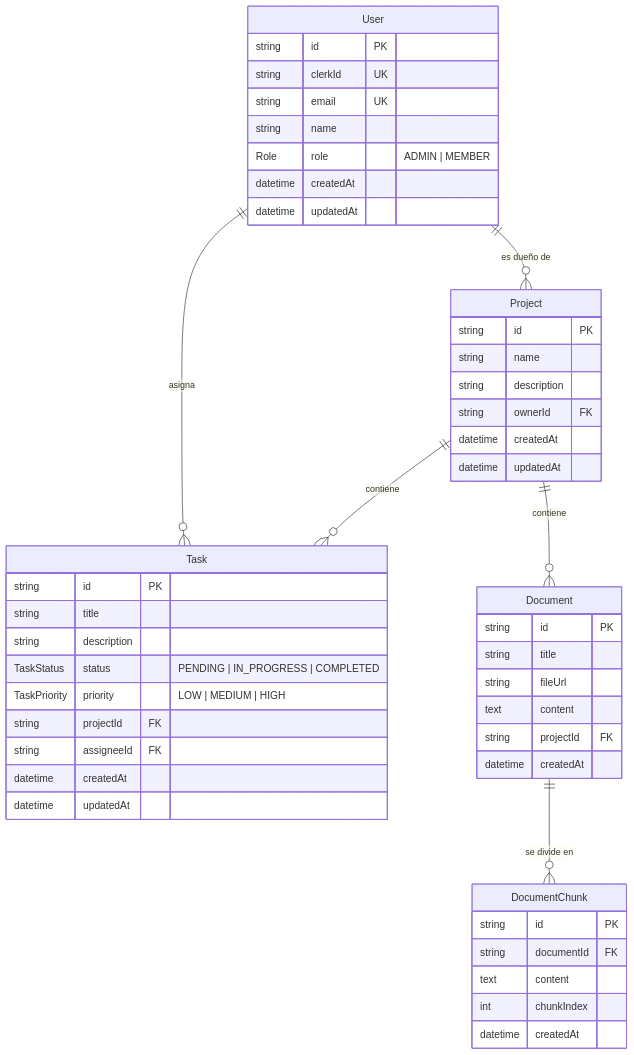
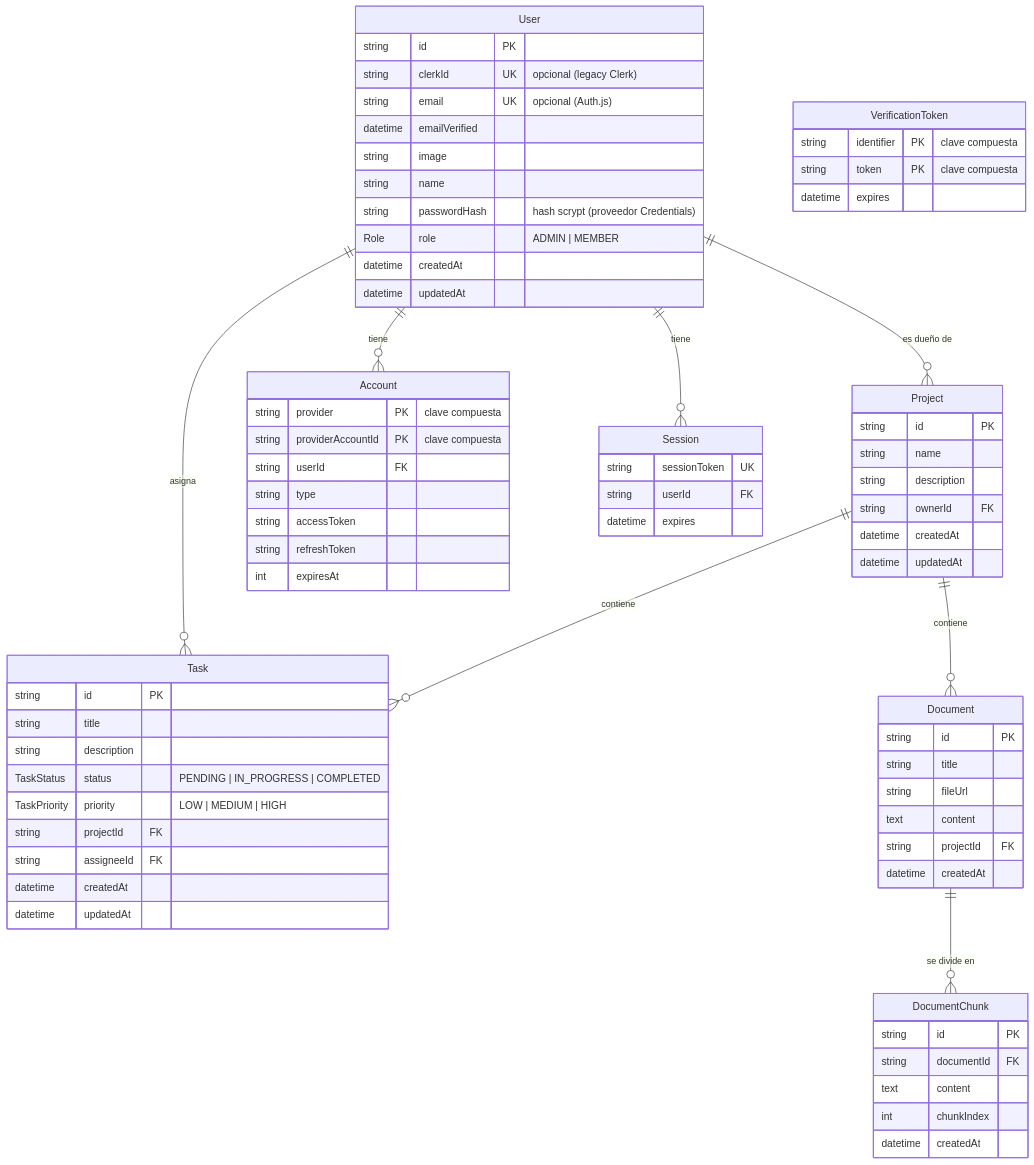
The diagram in README.md (juanksrt/ai-project-hub), drawn with Mermaid before and after one commit. The commit also changed other lines of this file and 22 other files, not shown here.

```diff
--- a/README.md
+++ b/README.md
@@ -38,18 +38,45 @@
 erDiagram
     User ||--o{ Project : "es dueño de"
     User ||--o{ Task : "asigna"
+    User ||--o{ Account : "tiene"
+    User ||--o{ Session : "tiene"
     Project ||--o{ Task : "contiene"
     Project ||--o{ Document : "contiene"
     Document ||--o{ DocumentChunk : "se divide en"
 
     User {
         string id PK
-        string clerkId UK
-        string email UK
+        string clerkId UK "opcional (legacy Clerk)"
+        string email UK "opcional (Auth.js)"
+        datetime emailVerified
+        string image
         string name
+        string passwordHash "hash scrypt (proveedor Credentials)"
         Role role "ADMIN | MEMBER"
         datetime createdAt
         datetime updatedAt
+    }
+
+    Account {
+        string provider PK "clave compuesta"
+        string providerAccountId PK "clave compuesta"
+        string userId FK
+        string type
+        string accessToken
+        string refreshToken
+        int expiresAt
+    }
+
+    Session {
+        string sessionToken UK
+        string userId FK
+        datetime expires
+    }
+
+    VerificationToken {
+        string identifier PK "clave compuesta"
+        string token PK "clave compuesta"
+        datetime expires
     }
 
     Project {
```
